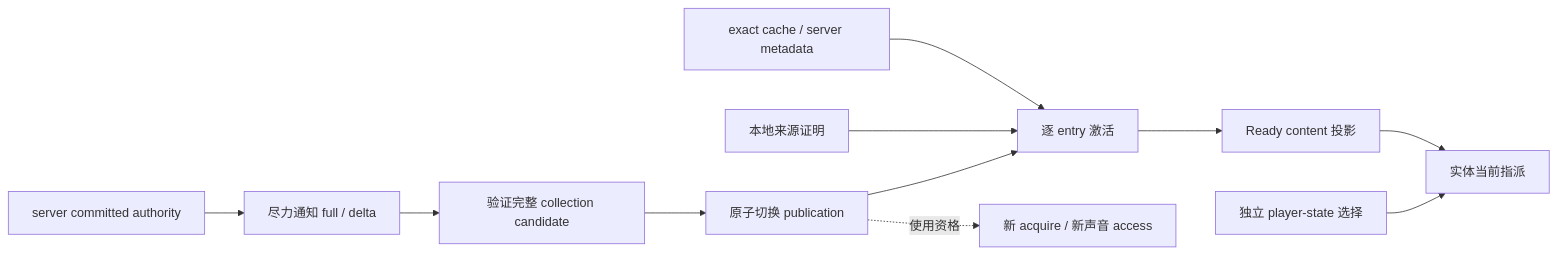
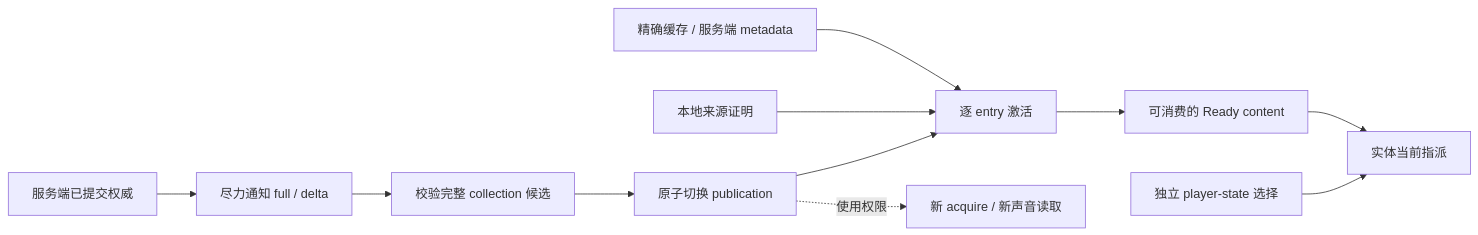
The diagram in docs/architecture/model-management/sessions/overview.md (YesSteveModel/YesSteveModel), drawn with Mermaid before and after one commit. The commit also changed other lines of this file and 1109 other files, not shown here.

````diff
--- a/docs/architecture/model-management/sessions/overview.md
+++ b/docs/architecture/model-management/sessions/overview.md
@@ -23,13 +24,13 @@
 ```mermaid
 flowchart LR
-    Server["server committed authority"] --> Notify["尽力通知 full / delta"]
-    Notify --> Candidate["验证完整 collection candidate"]
+    Server["服务端已提交权威"] --> Notify["尽力通知 full / delta"]
+    Notify --> Candidate["校验完整 collection 候选"]
     Candidate --> Publication["原子切换 publication"]
     Publication --> Activation["逐 entry 激活"]
     Local["本地来源证明"] --> Activation
-    Exact["exact cache / server metadata"] --> Activation
-    Activation --> Ready["Ready content 投影"]
-    Publication -. "使用资格" .-> Acquire["新 acquire / 新声音 access"]
+    Exact["精确缓存 / 服务端 metadata"] --> Activation
+    Activation --> Ready["可消费的 Ready content"]
+    Publication -. "使用权限" .-> Acquire["新 acquire / 新声音读取"]
     Selection["独立 player-state 选择"] --> Consumer["实体当前指派"]
     Ready --> Consumer
 ```
````
